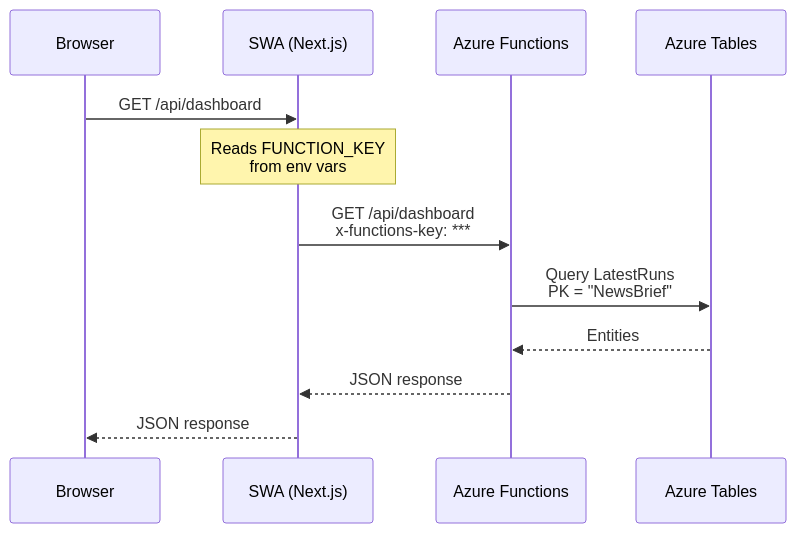
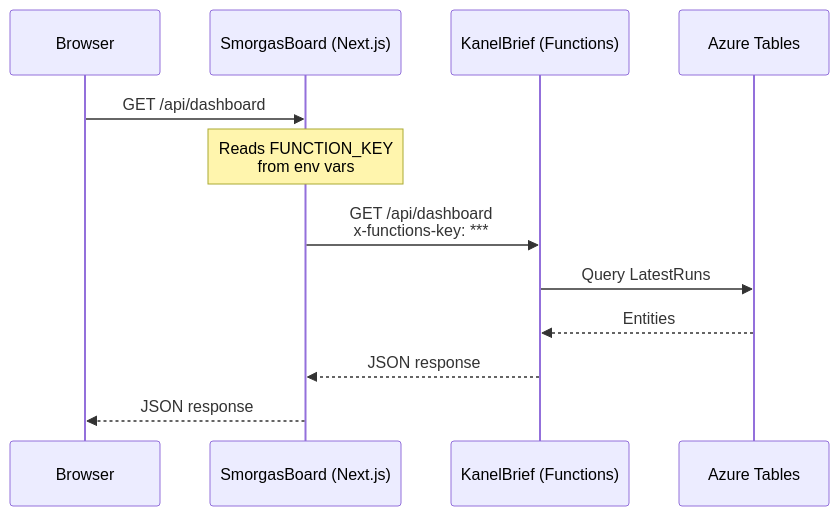
One commit to Muhomorik/KanelBulleKapital changed the fifth of 5 diagrams in docs/FRONTEND-ARCHITECTURE.md. Above: the diagram before and after it, drawn with Mermaid. The commit also changed other lines of this file, not shown here.

Commit message:
Update database schema: Add `SubstitutionChain` and `OpportunityScan` entities with migrations for persistence.

````diff
--- a/docs/FRONTEND-ARCHITECTURE.md
+++ b/docs/FRONTEND-ARCHITECTURE.md
@@ -235,15 +413,15 @@
 ```mermaid
 sequenceDiagram
     participant B as Browser
-    participant S as SWA (Next.js)
-    participant F as Azure Functions
+    participant S as SmorgasBoard (Next.js)
+    participant K as KanelBrief (Functions)
     participant T as Azure Tables
 
     B->>S: GET /api/dashboard
     Note over S: Reads FUNCTION_KEY<br/>from env vars
-    S->>F: GET /api/dashboard<br/>x-functions-key: ***
-    F->>T: Query LatestRuns<br/>PK = "NewsBrief"
-    T-->>F: Entities
-    F-->>S: JSON response
+    S->>K: GET /api/dashboard<br/>x-functions-key: ***
+    K->>T: Query LatestRuns
+    T-->>K: Entities
+    K-->>S: JSON response
     S-->>B: JSON response
 ```
````
